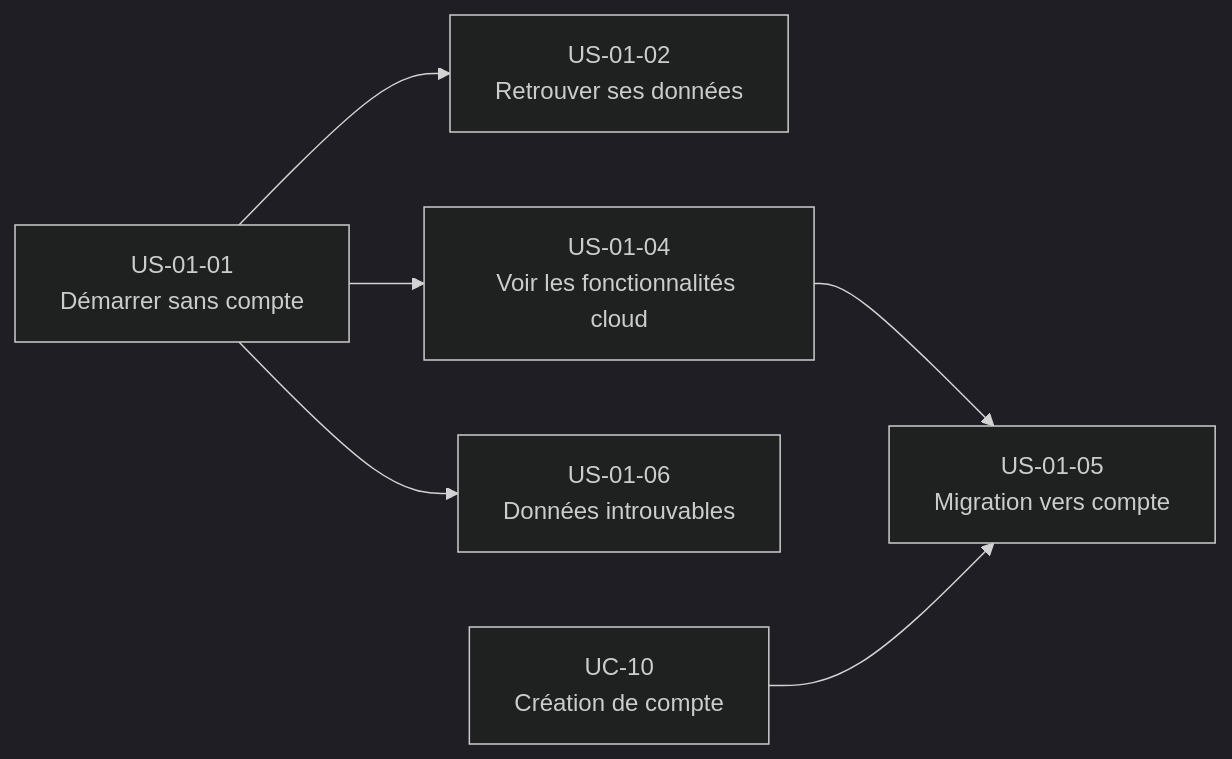
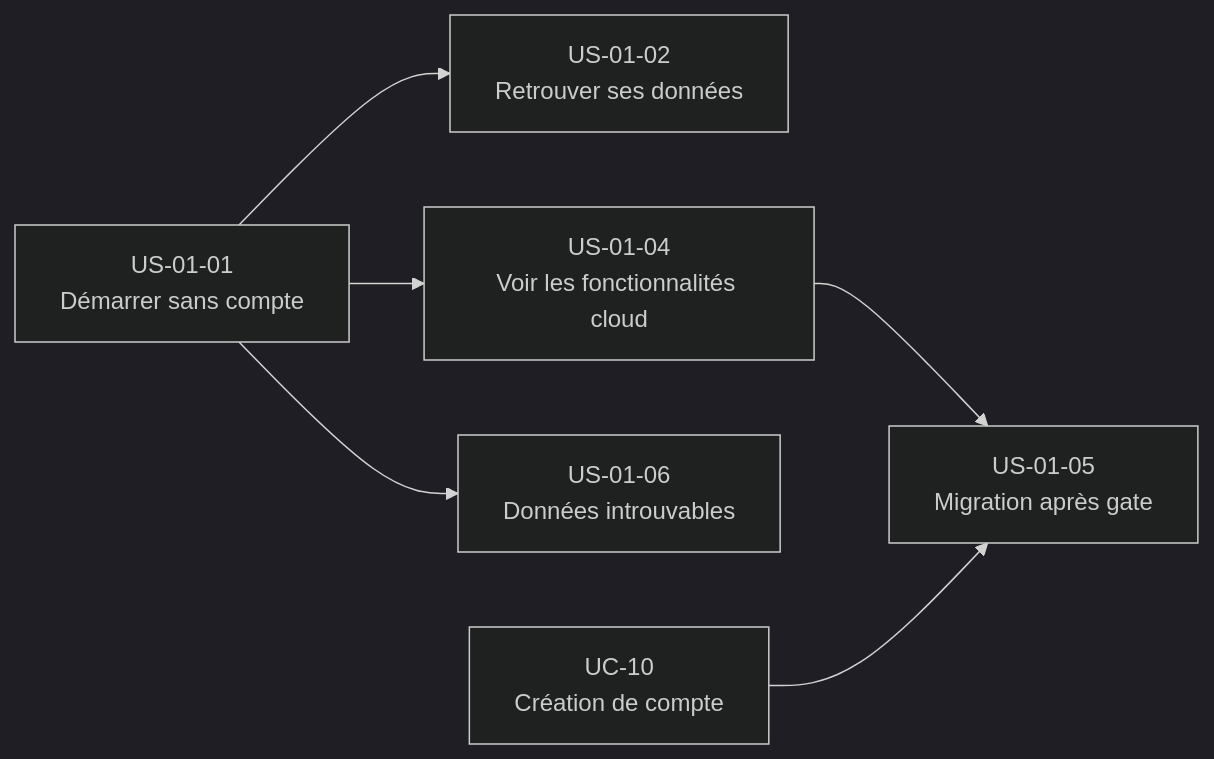
The second of 2 diagrams in docs/conception/user-stories/US-UC-01-mode-local-sans-compte.md (2025-10-CDA-ECO-P6/PM-micro-saas), drawn with Mermaid (dark theme) before and after one commit. The commit also changed other lines of this file and 107 other files, not shown here.

````diff
--- a/docs/conception/user-stories/US-UC-01-mode-local-sans-compte.md
+++ b/docs/conception/user-stories/US-UC-01-mode-local-sans-compte.md
@@ -80,15 +80,15 @@
 ```mermaid
 flowchart LR
     US0101[US-01-01\nDémarrer sans compte]
     US0102[US-01-02\nRetrouver ses données]
     US0104[US-01-04\nVoir les fonctionnalités cloud]
-    US0105[US-01-05\nMigration vers compte]
+    US0105[US-01-05\nMigration après gate]
     US0106[US-01-06\nDonnées introuvables]
     UC10[UC-10\nCréation de compte]
 
     US0101 --> US0102
     US0101 --> US0104
     US0101 --> US0106
     US0104 --> US0105
     UC10 --> US0105
 ```
````
